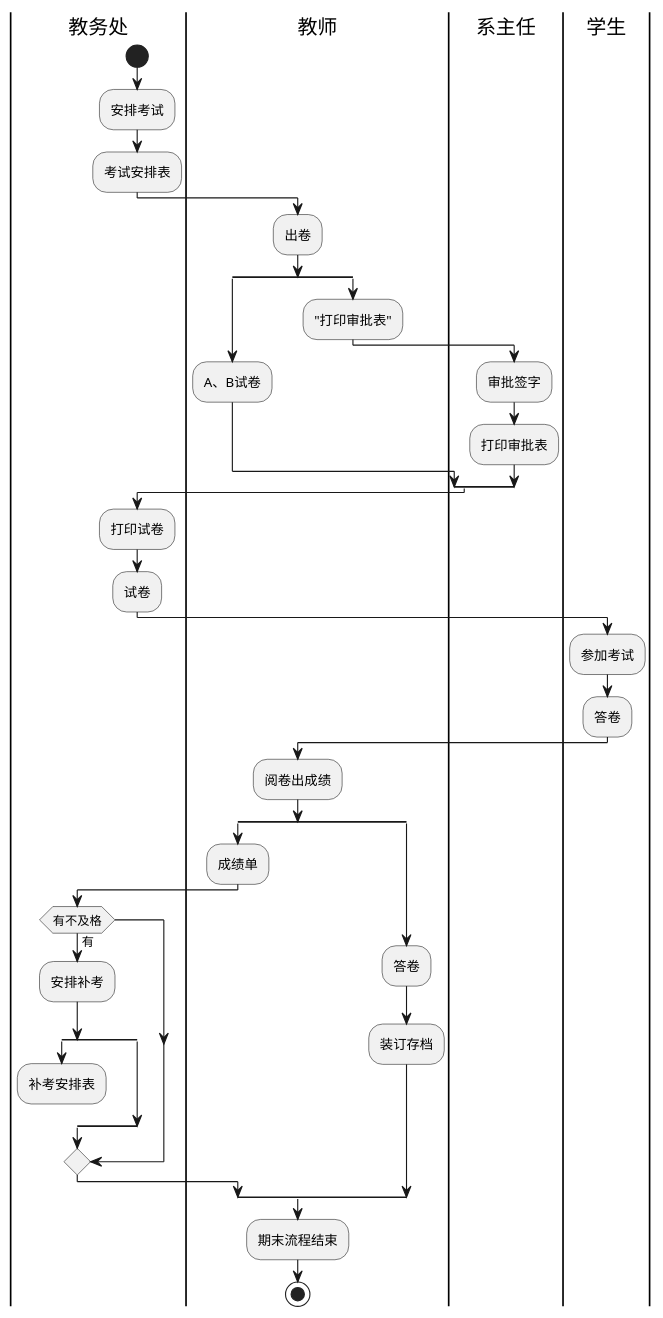
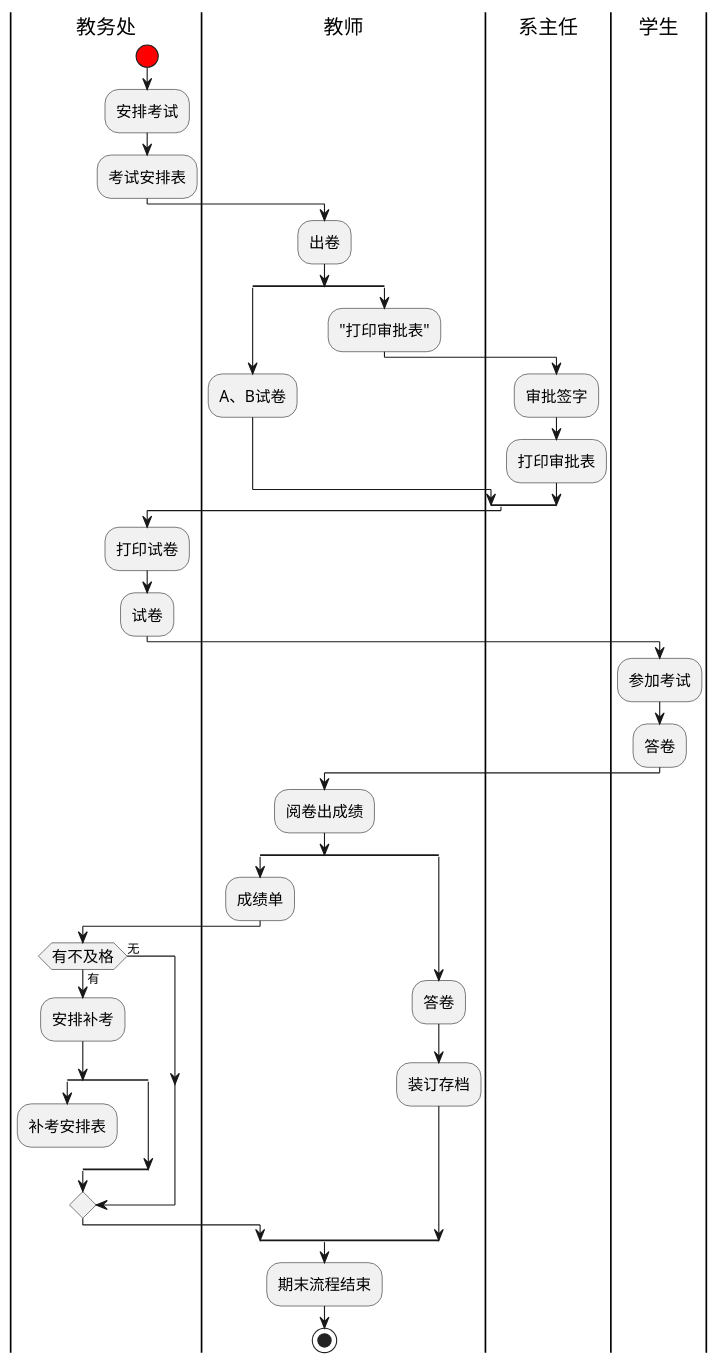
Before and after one commit to 915936476/is_analysis-3: the diagram in test1/考试及成绩管理流程.puml, drawn with PlantUML. The commit also changed 2 other files, not shown here.

```diff
--- a/test1/考试及成绩管理流程.puml
+++ b/test1/考试及成绩管理流程.puml
@@ -1,43 +1,51 @@
 @startuml
+skinparam activity {
+  StartColor red
+  BarColor SaddleBrown
+  EndColor Silver
+  FontName 黑体
+  fontSize 14px
+}
 |教务处|
 start
 :安排考试;
 :考试安排表;
 |教师|
 :出卷;
 split
 :A、B试卷;
 split again
 :"打印审批表";
 |系主任|
 :审批签字;
 :打印审批表;
 end split
 |教务处|
 :打印试卷;
 :试卷;
 |学生|
 :参加考试;
 :答卷;
 |教师|
 :阅卷出成绩;
 split
 :成绩单;
 |教务处|
 if(有不及格) then (有)
 :安排补考;
 split
 :补考安排表;
 detach
 split again
  end split
+else(无)
 endif
 split again
 |教师|
 :答卷;
 :装订存档;
 |教师|
 end split
 :期末流程结束;
 stop
 @enduml
```
